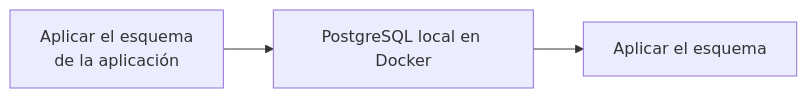
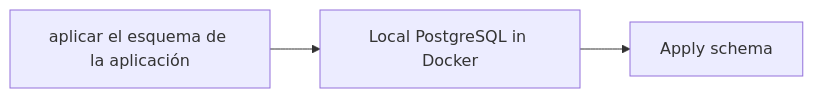
One commit to coderabbit-demo/clickhouse-demo changed the first of 2 diagrams in docs/es/products/managed-postgres/local-development.mdx. Above: the diagram before and after it, drawn with Mermaid. The commit also changed other lines of this file and 10230 other files, not shown here.

````diff
--- a/docs/es/products/managed-postgres/local-development.mdx
+++ b/docs/es/products/managed-postgres/local-development.mdx
@@ -29,4 +29,4 @@
 ```mermaid
 graph LR
-    A[Aplicar el esquema<br/>de la aplicación] --> B[PostgreSQL local en Docker] --> C[Aplicar el esquema]
+    A[aplicar el esquema de la aplicación] --> B[Local PostgreSQL in Docker] --> C[Apply schema]
 ```
````
